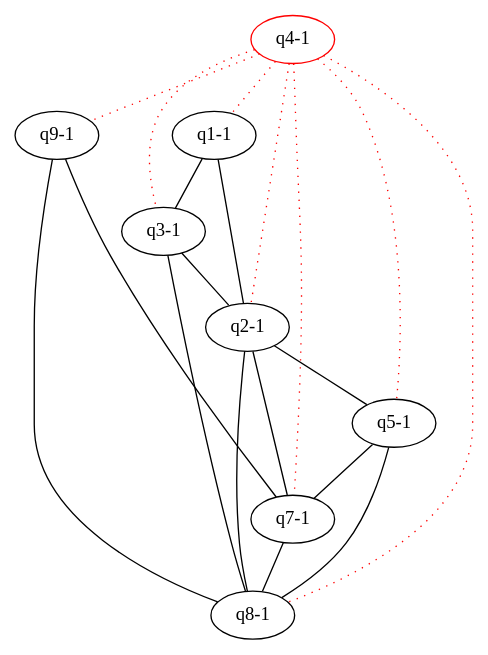
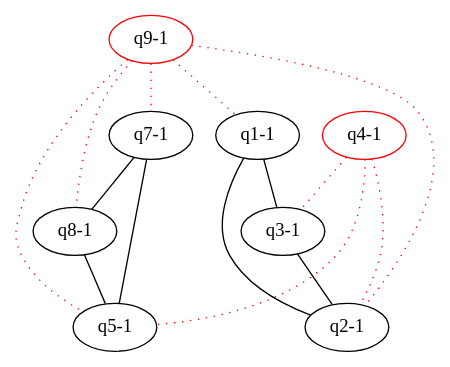
One commit to michaelweiss/keygraph changed the diagram in dot/d1.dot. Above: the diagram before and after it, drawn with Graphviz. The commit also changed 10 other files, not shown here.

```diff
--- a/dot/d1.dot
+++ b/dot/d1.dot
@@ -1,30 +1,25 @@
 graph keygraph {
 graph [size="10,10"]
-"q9-1" [color="black"]
-"q2-1" [color="black"]
 "q8-1" [color="black"]
-"q3-1" [color="black"]
 "q7-1" [color="black"]
 "q1-1" [color="black"]
+"q3-1" [color="black"]
 "q5-1" [color="black"]
+"q2-1" [color="black"]
+"q9-1" [color="red"]
 "q4-1" [color="red"]
-"q3-1"--"q8-1"
-"q2-1"--"q5-1"
-"q9-1"--"q7-1"
-"q9-1"--"q8-1"
 "q1-1"--"q3-1"
-"q2-1"--"q7-1"
-"q2-1"--"q8-1"
 "q1-1"--"q2-1"
 "q3-1"--"q2-1"
-"q5-1"--"q7-1"
-"q5-1"--"q8-1"
+"q7-1"--"q5-1"
 "q7-1"--"q8-1"
-"q4-1"--"q9-1" [color="red", style="dotted"]
+"q8-1"--"q5-1"
+"q4-1"--"q3-1" [color="red", style="dotted"]
+"q4-1"--"q5-1" [color="red", style="dotted"]
 "q4-1"--"q2-1" [color="red", style="dotted"]
-"q4-1"--"q8-1" [color="red", style="dotted"]
-"q4-1"--"q3-1" [color="red", style="dotted"]
-"q4-1"--"q7-1" [color="red", style="dotted"]
-"q4-1"--"q1-1" [color="red", style="dotted"]
-"q4-1"--"q5-1" [color="red", style="dotted"]
+"q9-1"--"q1-1" [color="red", style="dotted"]
+"q9-1"--"q5-1" [color="red", style="dotted"]
+"q9-1"--"q2-1" [color="red", style="dotted"]
+"q9-1"--"q8-1" [color="red", style="dotted"]
+"q9-1"--"q7-1" [color="red", style="dotted"]
 }
```
